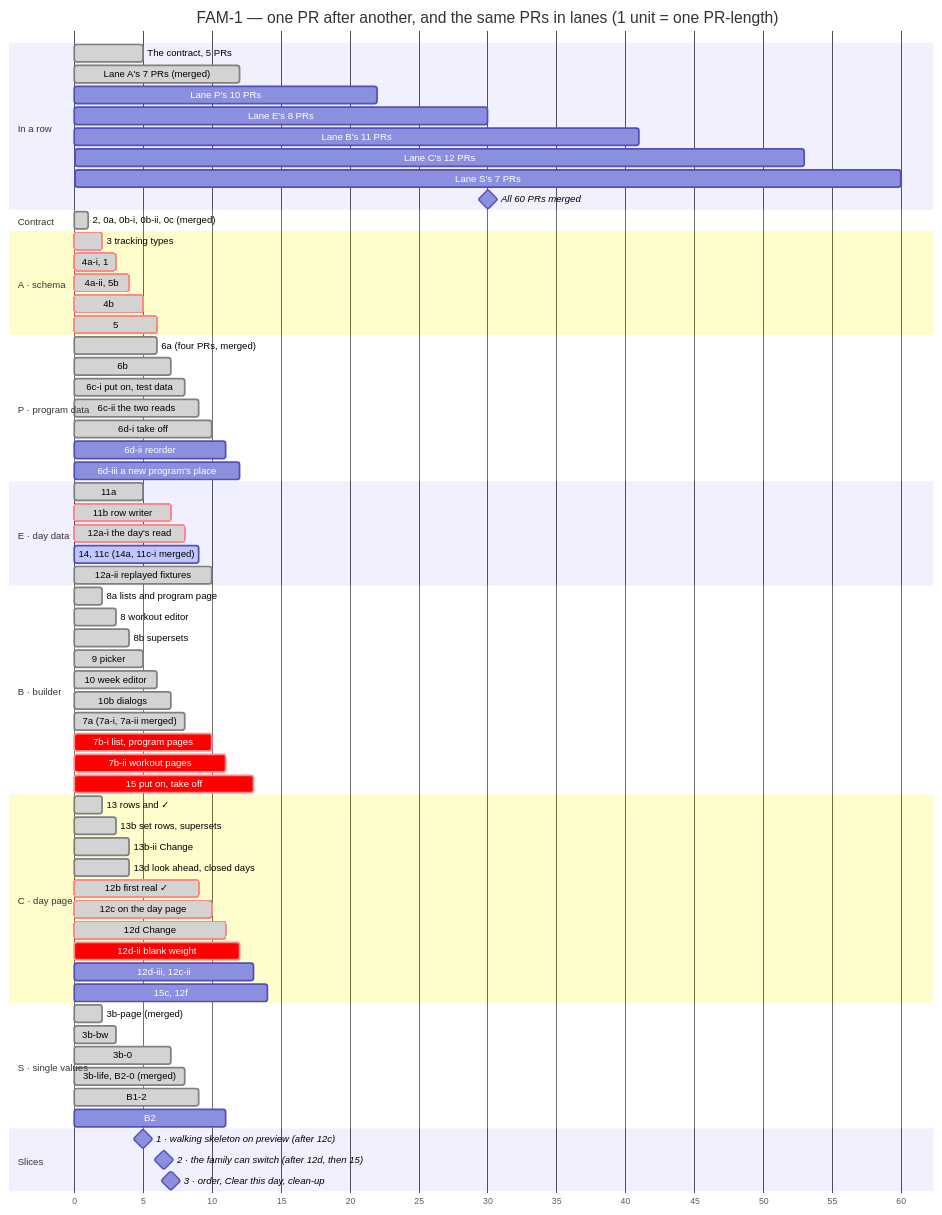
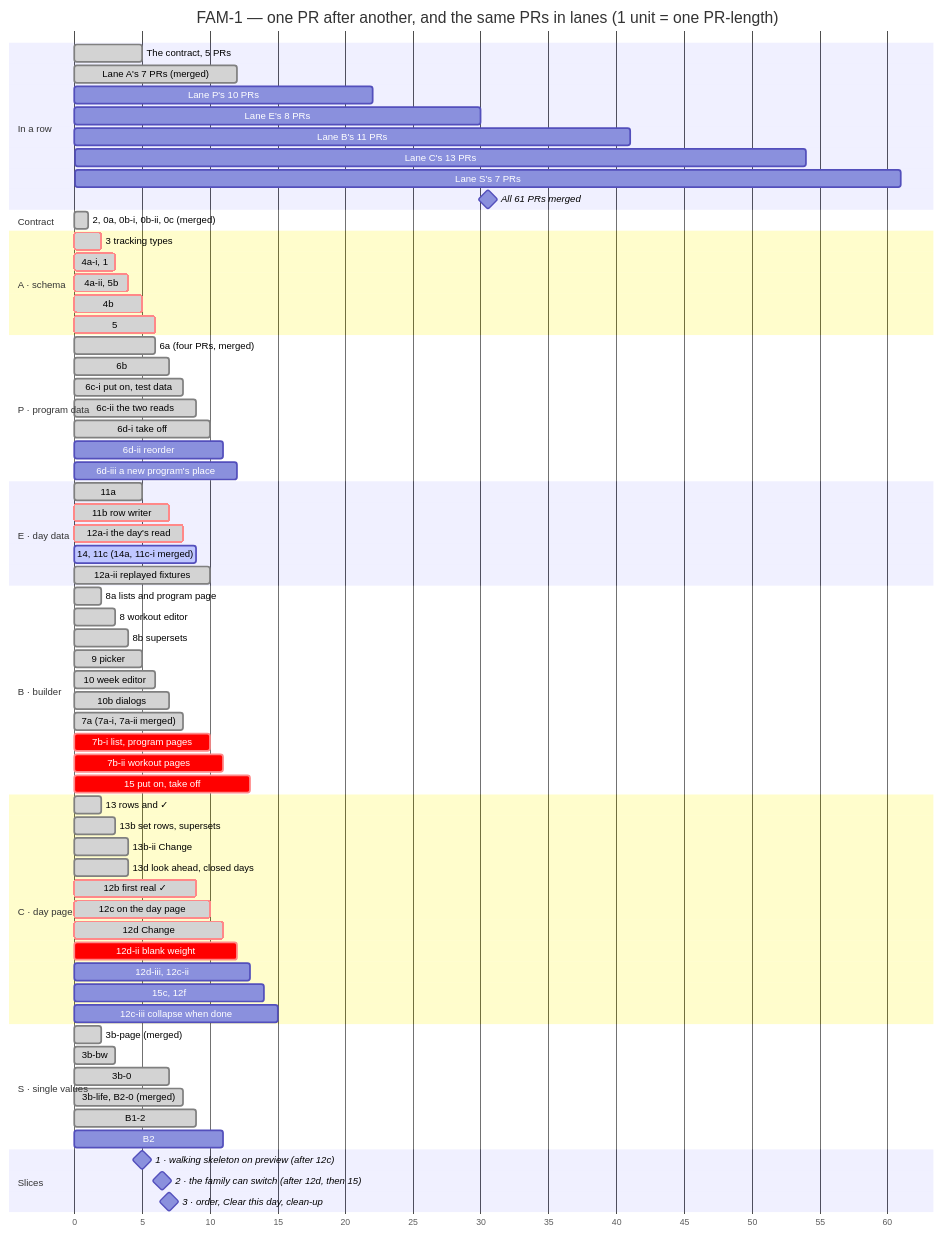
One commit to ralamode/mat-plan changed the second of 2 diagrams in docs/milestones/fam-1-family-program.md. Above: the diagram before and after it, drawn with Mermaid. The commit also changed other lines of this file and 3 other files, not shown here.

First line of the commit message:
docs(fam-1): the collapse prototype is accepted; the chart says what is not planned in detail (#630)

````diff
--- a/docs/milestones/fam-1-family-program.md
+++ b/docs/milestones/fam-1-family-program.md
@@ -260,80 +260,81 @@
 ```mermaid
 gantt
   title FAM-1 — one PR after another, and the same PRs in lanes (1 unit = one PR-length)
   dateFormat X
   axisFormat %s
   todayMarker off
 
   section In a row
   The contract, 5 PRs          :done, r0, 0, 5
   Lane A's 7 PRs (merged)      :done, r1, 5, 12
   Lane P's 10 PRs              :r2, 12, 22
   Lane E's 8 PRs               :r3, 22, 30
   Lane B's 11 PRs              :r4, 30, 41
-  Lane C's 12 PRs              :r5, 41, 53
-  Lane S's 7 PRs               :r6, 53, 60
-  All 60 PRs merged            :milestone, rm, 60, 60
+  Lane C's 13 PRs              :r5, 41, 54
+  Lane S's 7 PRs               :r6, 54, 61
+  All 61 PRs merged            :milestone, rm, 61, 61
 
   section Contract
   2, 0a, 0b-i, 0b-ii, 0c (merged) :done, c0, 0, 1
 
   section A · schema
   3 tracking types             :crit, done, a1, 1, 2
   4a-i, 1                      :crit, done, a2, 2, 3
   4a-ii, 5b                    :crit, done, a3, 3, 4
   4b                           :crit, done, a4, 4, 5
   5                            :crit, done, a5, 5, 6
 
   section P · program data
   6a (four PRs, merged)        :done, p1, 5, 6
   6b                           :done, p2, 6, 7
   6c-i put on, test data       :done, p3, 7, 8
   6c-ii the two reads          :done, p3b, 8, 9
   6d-i take off                :done, p4, 9, 10
   6d-ii reorder                :p5, 10, 11
   6d-iii a new program's place :p6, 11, 12
 
   section E · day data
   11a                          :done, e1, 4, 5
   11b row writer               :crit, done, e2, 5, 7
   12a-i the day's read         :crit, done, e3, 7, 8
   14, 11c (14a, 11c-i merged)  :active, e4, 8, 9
   12a-ii replayed fixtures     :done, e5, 9, 10
 
   section B · builder
   8a lists and program page    :done, b1, 1, 2
   8 workout editor             :done, b2, 2, 3
   8b supersets                 :done, b3, 3, 4
   9 picker                     :done, b4, 4, 5
   10 week editor               :done, b5, 5, 6
   10b dialogs                  :done, b6, 6, 7
   7a (7a-i, 7a-ii merged)      :done, b7, 7, 8
   7b-i list, program pages     :crit, b8, 9, 10
   7b-ii workout pages          :crit, b8b, 10, 11
   15 put on, take off          :crit, b9, 12, 13
 
   section C · day page
   13 rows and ✓                :done, c1, 1, 2
   13b set rows, supersets      :done, c2, 2, 3
   13b-ii Change                :done, c2b, 3, 4
   13d look ahead, closed days  :done, c3, 3, 4
   12b first real ✓             :crit, done, c4, 8, 9
   12c on the day page          :crit, done, c5, 9, 10
   12d Change                   :crit, done, c6, 10, 11
   12d-ii blank weight          :crit, c6b, 11, 12
   12d-iii, 12c-ii              :c6c, 12, 13
   15c, 12f                     :c7, 13, 14
+  12c-iii collapse when done   :c8, 14, 15
 
   section S · single values
   3b-page (merged)             :done, s1, 1, 2
   3b-bw                        :done, s2, 2, 3
   3b-0                         :done, s3, 6, 7
   3b-life, B2-0 (merged)       :done, s4, 7, 8
   B1-2                         :done, s5, 8, 9
   B2                           :s6, 10, 11
 
   section Slices
   1 · walking skeleton on preview (after 12c) :milestone, m1, 10, 10
   2 · the family can switch (after 12d, then 15) :milestone, m2, 13, 13
   3 · order, Clear this day, clean-up         :milestone, m3, 14, 14
 ```
````
